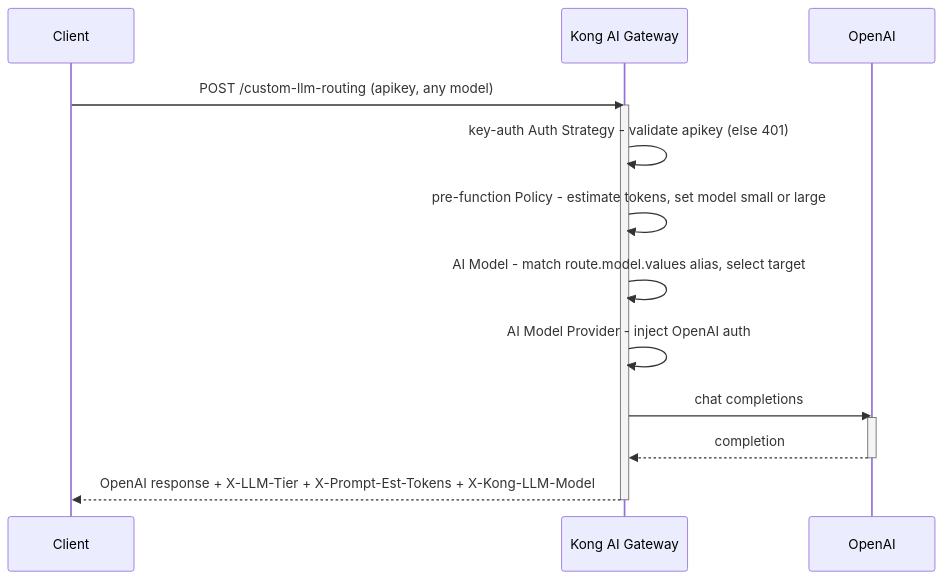
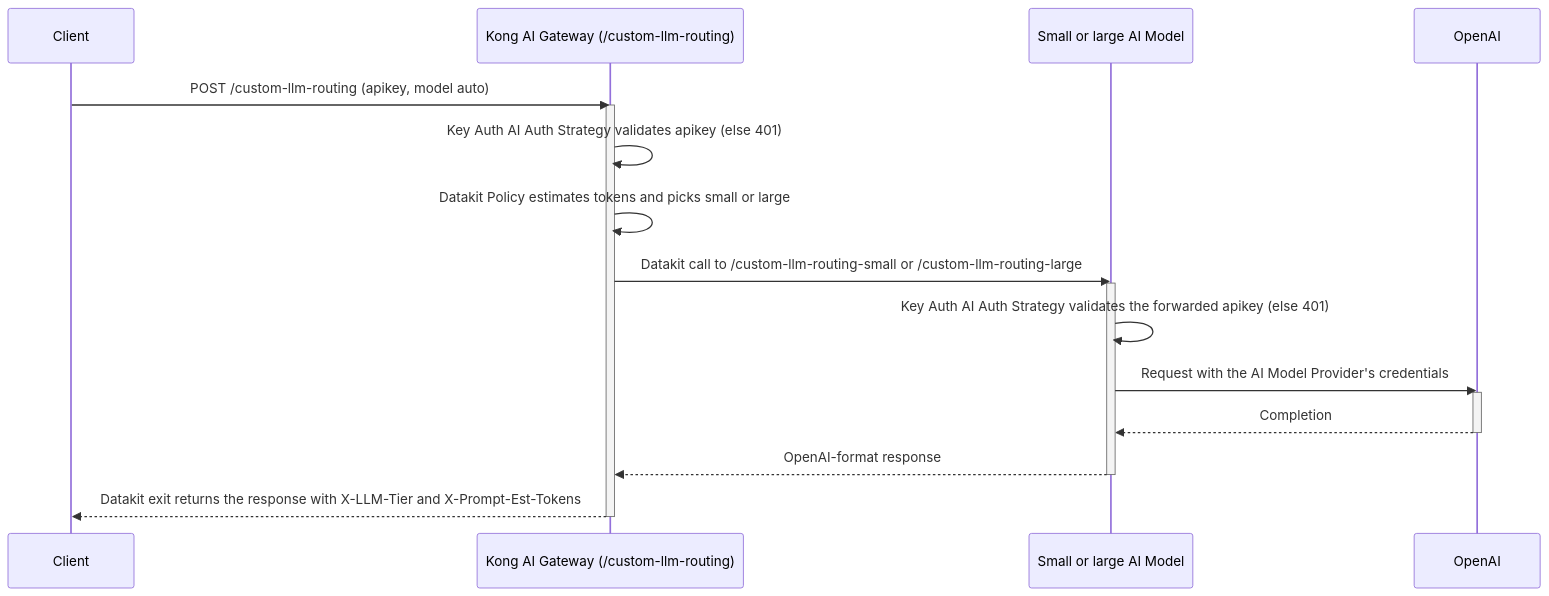
Before and after one commit to Kong/developer.konghq.com: the diagram in app/_cookbooks/custom-llm-routing.md, drawn with Mermaid. The commit also changed other lines of this file and 2 other files, not shown here.

Commit message:
feat(ai-gateway): automated recipe update

```diff
--- a/app/_cookbooks/custom-llm-routing.md
+++ b/app/_cookbooks/custom-llm-routing.md
@@ -118,19 +607,23 @@
 {% mermaid %}
 sequenceDiagram
     participant C as Client
-    participant K as Kong AI Gateway
+    participant K as Kong AI Gateway (/custom-llm-routing)
+    participant T as Small or large AI Model
     participant O as OpenAI
 
-    C->>K: POST /custom-llm-routing (apikey, any model)
+    C->>K: POST /custom-llm-routing (apikey, model auto)
     activate K
-    K->>K: key-auth Auth Strategy  - validate apikey (else 401)
-    K->>K: pre-function Policy  - estimate tokens, set model small or large
-    K->>K: AI Model  - match route.model.values alias, select target
-    K->>K: AI Model Provider  - inject OpenAI auth
-    K->>O: chat completions
+    K->>K: Key Auth AI Auth Strategy validates apikey (else 401)
+    K->>K: Datakit Policy estimates tokens and picks small or large
+    K->>T: Datakit call to /custom-llm-routing-small or /custom-llm-routing-large
+    activate T
+    T->>T: Key Auth AI Auth Strategy validates the forwarded apikey (else 401)
+    T->>O: Request with the AI Model Provider's credentials
     activate O
-    O-->>K: completion
+    O-->>T: Completion
     deactivate O
-    K-->>C: OpenAI response + X-LLM-Tier + X-Prompt-Est-Tokens + X-Kong-LLM-Model
+    T-->>K: OpenAI-format response
+    deactivate T
+    K-->>C: Datakit exit returns the response with X-LLM-Tier and X-Prompt-Est-Tokens
     deactivate K
 {% endmermaid %}
```
